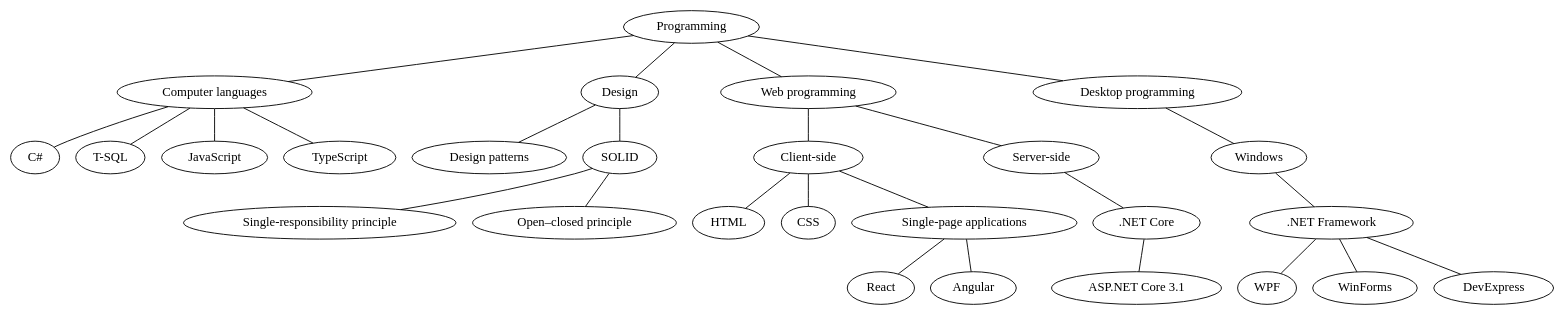
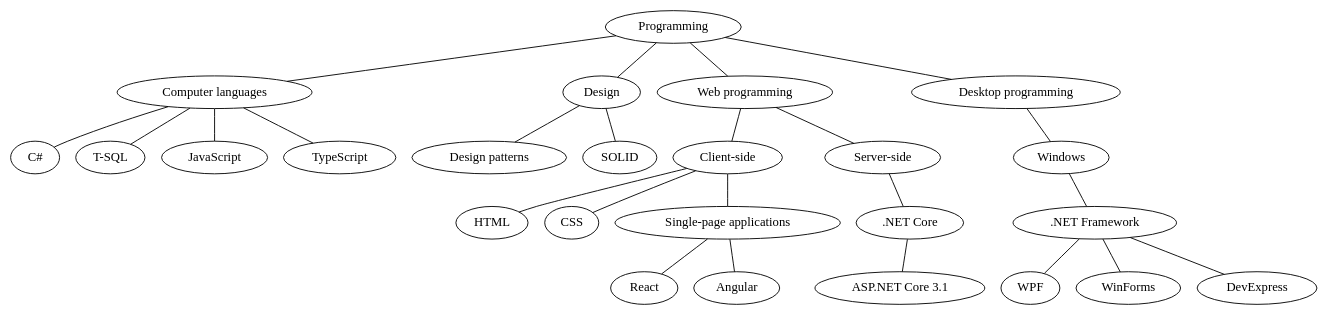
One commit to mialkin/docs changed the diagram in tree.dot. Above: the diagram before and after it, drawn with Graphviz. The commit also changed 1 other file, not shown here.

```diff
--- a/tree.dot
+++ b/tree.dot
@@ -1,76 +1,71 @@
 graph expertise {
 
     programming[label="Programming"]
     programming -- computer_languages;
     programming -- desing
     programming -- web_programming
     programming -- desktop_programming
 
     computer_languages[label="Computer languages"]
     computer_languages -- csharp;
     computer_languages -- t_sql;
     computer_languages -- javascript;
     computer_languages -- typescript;
 
     javascript[label="JavaScript"]
     typescript[label="TypeScript"]
 
     desing[label="Design"]
     desing -- desing_patterns
     desing -- solid
 
     desing_patterns[label="Design patterns"]
     
     solid[label="SOLID"]
-    solid -- single_responsibility_principle
-    solid -- open_closed_principle
-
-    single_responsibility_principle[label="Single-responsibility principle"]
-    open_closed_principle[label="Open–closed principle"]
 
     t_sql[label="T-SQL"]
     csharp[label="C#"]
       
     web_programming[label="Web programming"]
     web_programming -- client_side
     web_programming -- server_side
-
-    desktop_programming[label="Desktop programming"]
-    desktop_programming -- desktop_programming_windows
-   
-    desktop_programming_windows[label="Windows"]
-    desktop_programming_windows -- dot_net_framework
-    
-    dot_net_framework[label = ".NET Framework"]
-    dot_net_framework -- wpf
-    dot_net_framework -- winforms
-    dot_net_framework -- devexpress
-
-    wpf[label="WPF"]
-    winforms[label="WinForms"]
-    devexpress[label="DevExpress"]
 
     server_side[label="Server-side"]
     server_side -- dot_net_core
 
     dot_net_core[label = ".NET Core"]
     dot_net_core -- asp_net_core
 
     asp_net_core[label = "ASP.NET Core 3.1"]
 
     client_side[label="Client-side"]
     client_side -- html
     client_side -- css
     client_side -- spa;
 
     spa[label="Single-page applications"]
     spa -- react;
     spa -- angular;
 
     react[label="React"]
     angular[label="Angular"]
 
     html[label="HTML"]
     css[label="CSS"]
+
+    desktop_programming[label="Desktop programming"]
+    desktop_programming -- desktop_programming_windows
+   
+    desktop_programming_windows[label="Windows"]
+    desktop_programming_windows -- dot_net_framework
+    
+    dot_net_framework[label = ".NET Framework"]
+    dot_net_framework -- wpf
+    dot_net_framework -- winforms
+    dot_net_framework -- devexpress
+
+    wpf[label="WPF"]
+    winforms[label="WinForms"]
+    devexpress[label="DevExpress"]
     
 }
```
